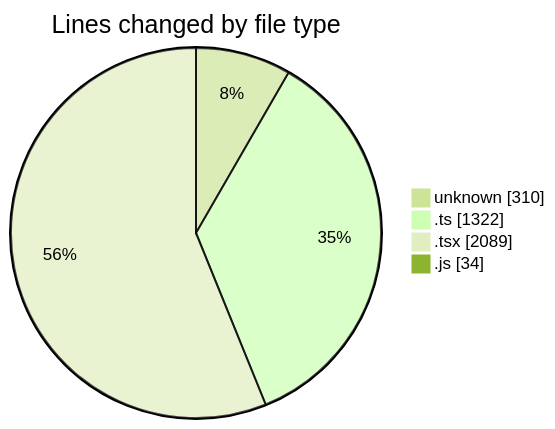
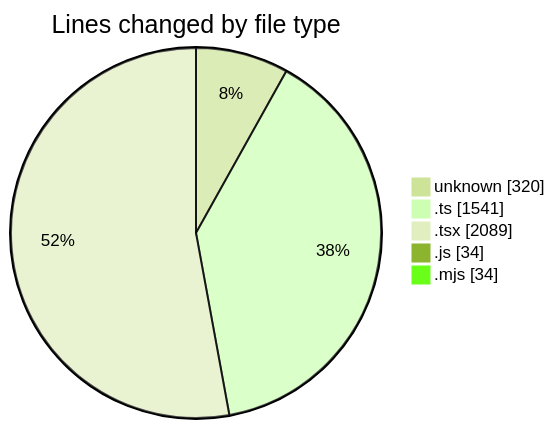
One commit to CELIANVF/code-tracking changed the first of 2 diagrams in 2025-06-13/ecodeli-1/README.md. Above: the diagram before and after it, drawn with Mermaid (forest theme). The commit also changed other lines of this file and 1 other file, not shown here.

````diff
--- a/2025-06-13/ecodeli-1/README.md
+++ b/2025-06-13/ecodeli-1/README.md
@@ -28,8 +29,9 @@
 ```mermaid
 pie showData
 title Lines changed by file type
-"unknown" : 310
-".ts" : 1322
+"unknown" : 320
+".ts" : 1541
 ".tsx" : 2089
 ".js" : 34
+".mjs" : 34
 ```
````
